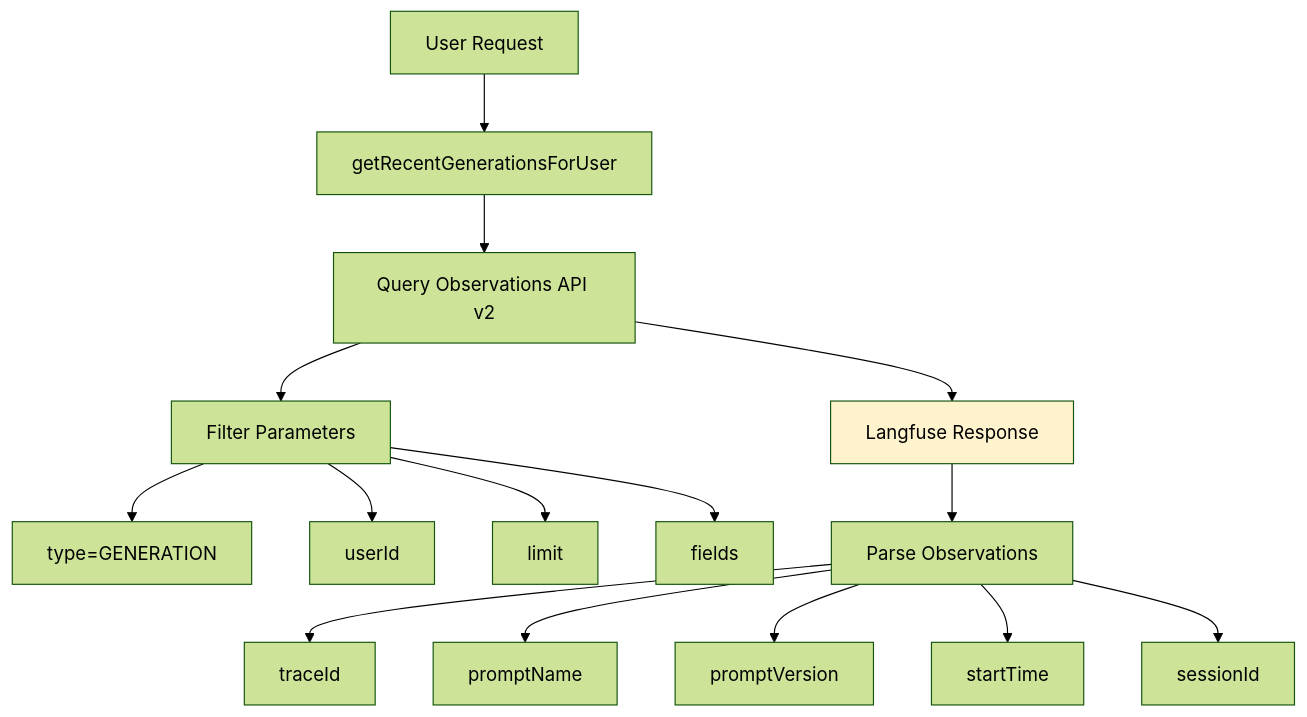
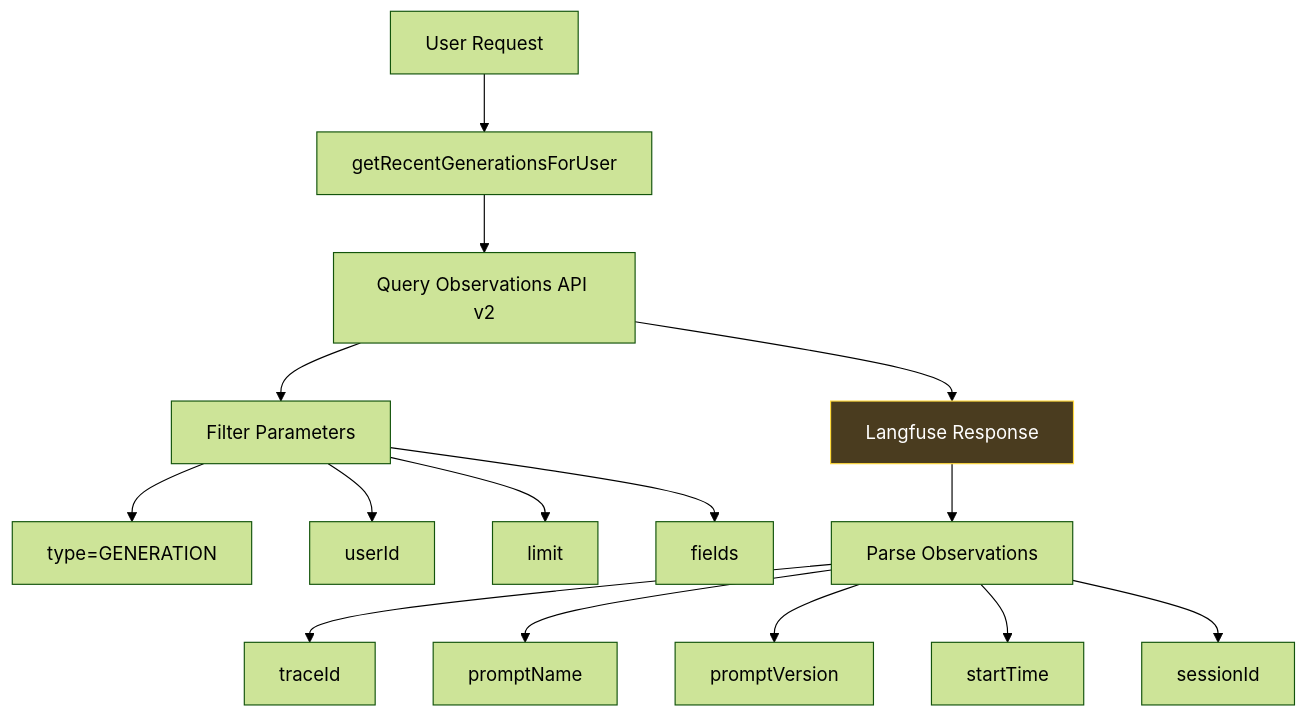
One commit to nicolad/vadim.blog changed the ninth of 10 diagrams in blog/2026/02-11-langfuse-features-prompts-tracing-scores-usage/index.md. Above: the diagram before and after it, drawn with Mermaid (forest theme). The commit also changed other lines of this file and 1 other file, not shown here.

````diff
--- a/blog/2026/02-11-langfuse-features-prompts-tracing-scores-usage/index.md
+++ b/blog/2026/02-11-langfuse-features-prompts-tracing-scores-usage/index.md
@@ -547,22 +560,22 @@
 ```mermaid
 graph TD
     A[User Request] --> B[getRecentGenerationsForUser]
     B --> C[Query Observations API v2]
     
     C --> D[Filter Parameters]
     D --> E[type=GENERATION]
     D --> F[userId]
     D --> G[limit]
     D --> H[fields]
     
     C --> I[Langfuse Response]
     I --> J[Parse Observations]
     
     J --> K[traceId]
     J --> L[promptName]
     J --> M[promptVersion]
     J --> N[startTime]
     J --> O[sessionId]
     
-    style I fill:#fff3cd
+    style I fill:#4a3c1f,stroke:#ffd93d,color:#fff
 ```
````
